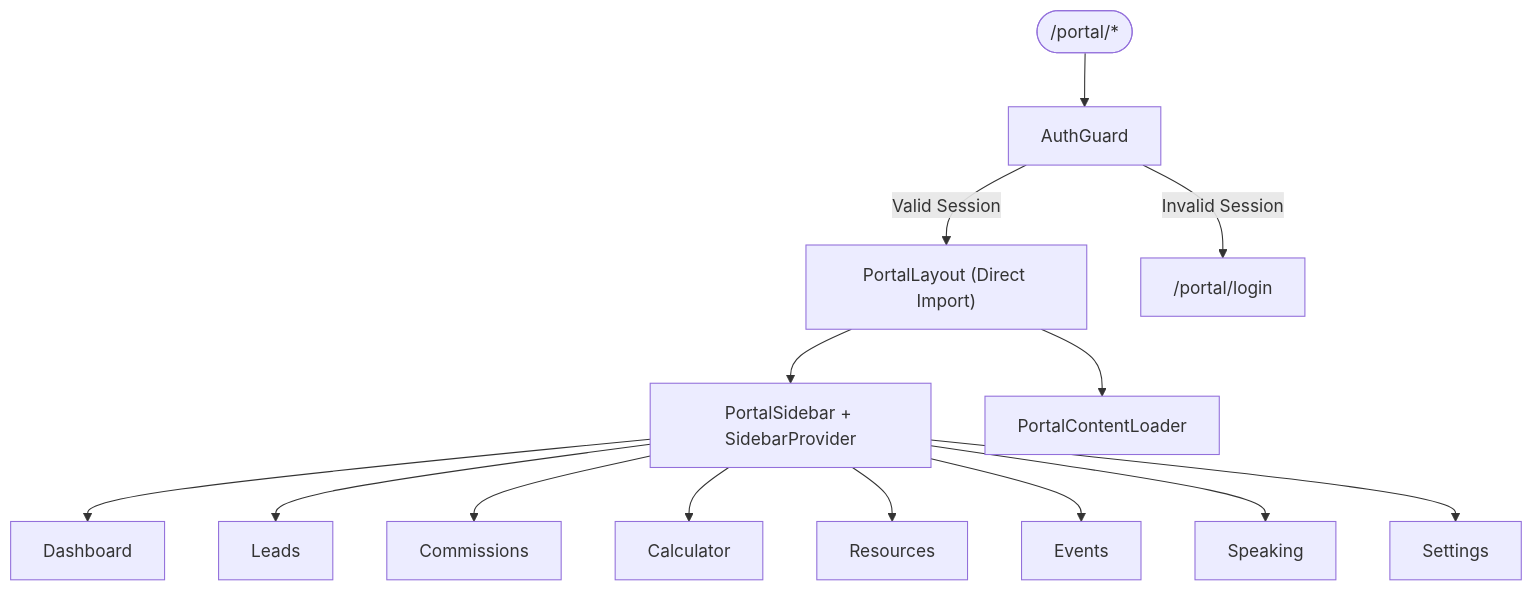
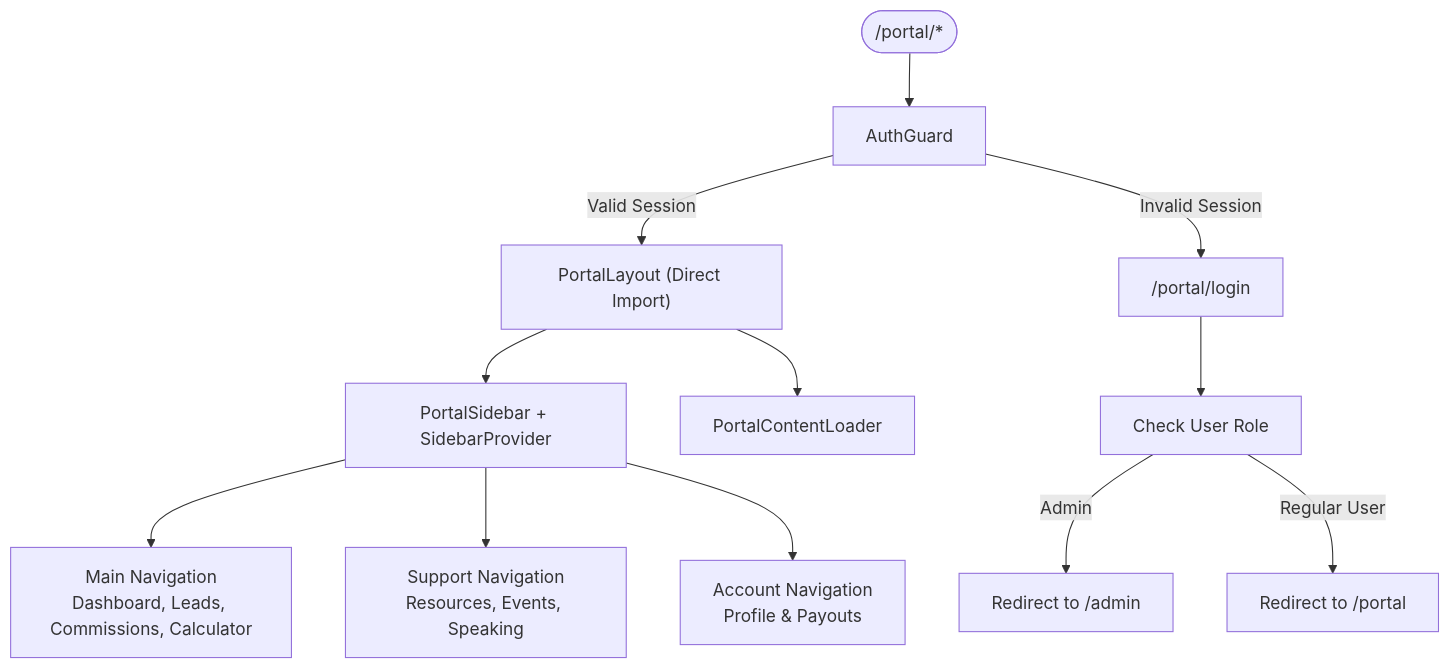
One commit to Hawky1/ryland changed the fourth of 6 diagrams in .qoder/repowiki/en/content/Partner Portal System.md. Above: the diagram before and after it, drawn with Mermaid. The commit also changed other lines of this file and 6 other files, not shown here.

Commit message:
Fix useAdminRole to cache result and prevent re-check on tab switch

````diff
--- a/.qoder/repowiki/en/content/Partner Portal System.md
+++ b/.qoder/repowiki/en/content/Partner Portal System.md
@@ -311,16 +385,14 @@
 ```mermaid
 flowchart TD
 START(["/portal/*"]) --> GUARD["AuthGuard"]
 GUARD --> |Valid Session| LAYOUT["PortalLayout (Direct Import)"]
 GUARD --> |Invalid Session| LOGIN["/portal/login"]
 LAYOUT --> SIDEBAR["PortalSidebar + SidebarProvider"]
 LAYOUT --> CONTENT_LOADER["PortalContentLoader"]
-SIDEBAR --> DASH["Dashboard"]
-SIDEBAR --> LEADS["Leads"]
-SIDEBAR --> COMMS["Commissions"]
-SIDEBAR --> CALC["Calculator"]
-SIDEBAR --> RES["Resources"]
-SIDEBAR --> EVT["Events"]
-SIDEBAR --> SPEAK["Speaking"]
-SIDEBAR --> SET["Settings"]
+SIDEBAR --> MAIN_NAV["Main Navigation<br/>Dashboard, Leads, Commissions, Calculator"]
+SIDEBAR --> SUPPORT_NAV["Support Navigation<br/>Resources, Events, Speaking"]
+SIDEBAR --> ACCOUNT_NAV["Account Navigation<br/>Profile & Payouts"]
+LOGIN --> ROLE_CHECK["Check User Role"]
+ROLE_CHECK --> |Admin| ADMIN_REDIRECT["Redirect to /admin"]
+ROLE_CHECK --> |Regular User| PORTAL_REDIRECT["Redirect to /portal"]
 ```
````
